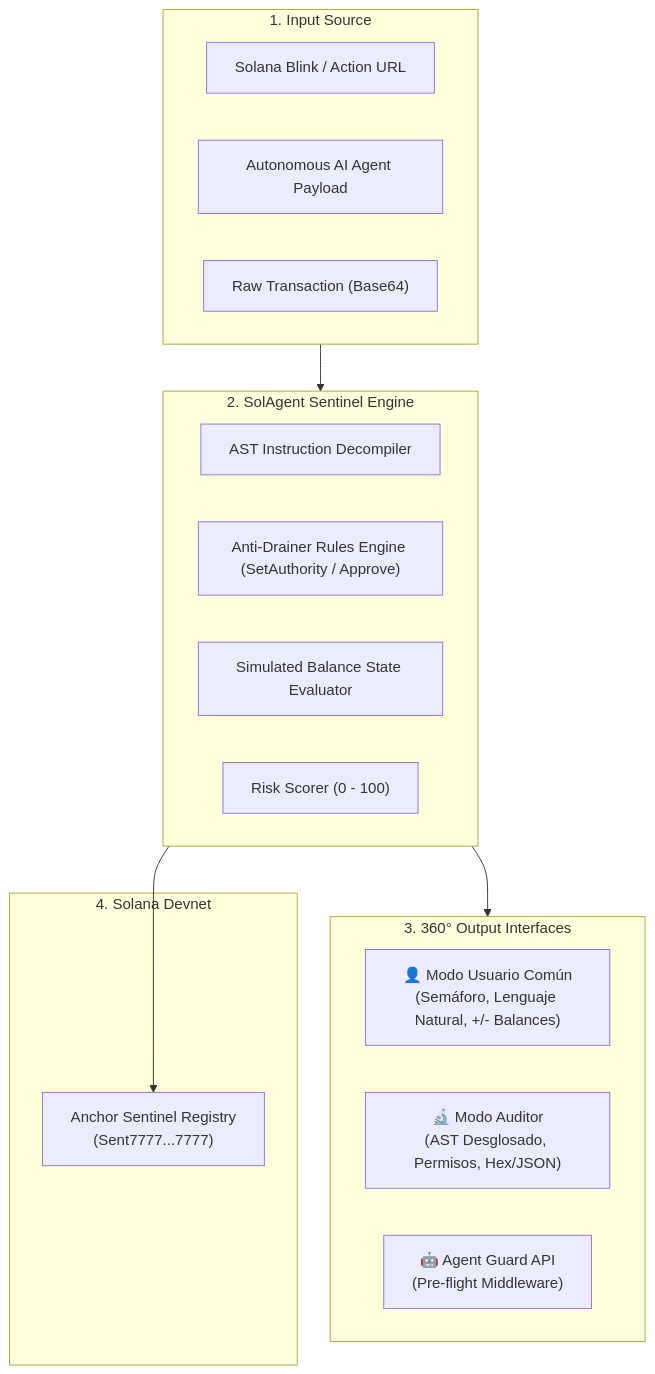
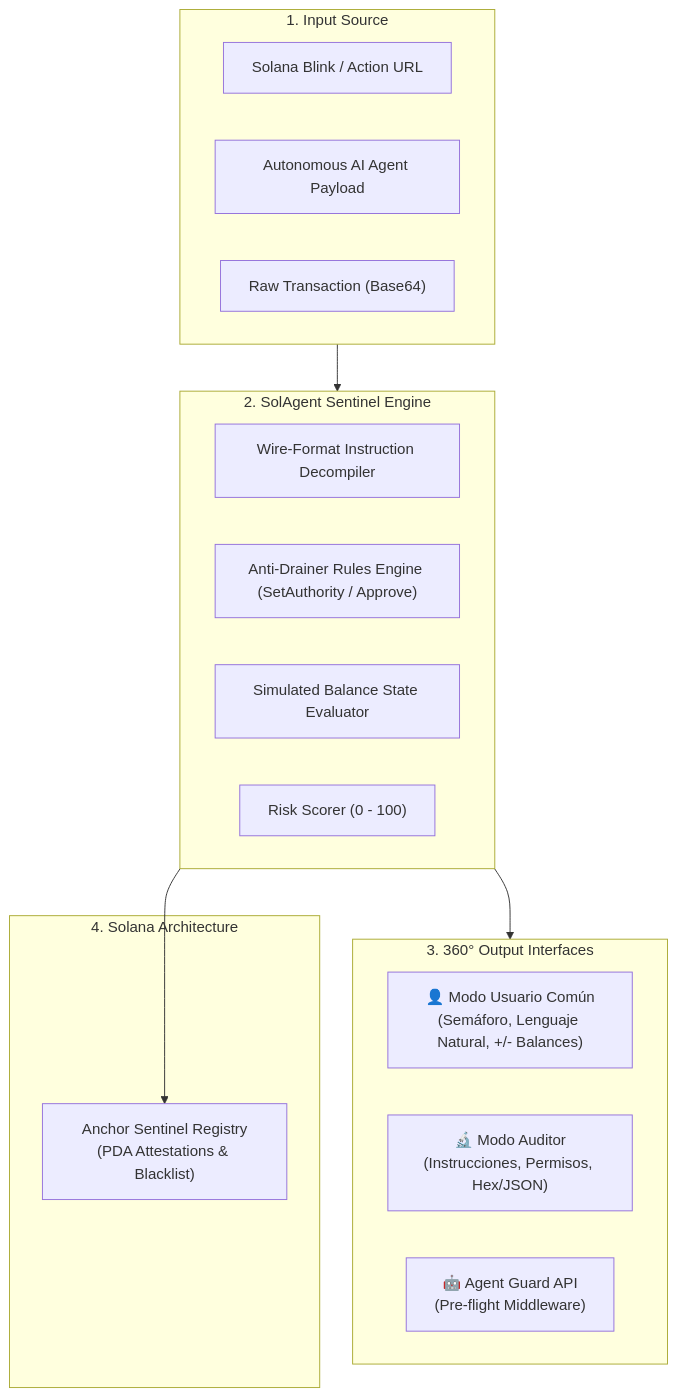
Before and after one commit to camesenin/solagent-sentinel: the diagram in README.md, drawn with Mermaid. The commit also changed other lines of this file and 2 other files, not shown here.

Commit message:
refactor(core): refine wire-format decompilation terminology and audit preflight simulation

````diff
--- a/README.md
+++ b/README.md
@@ -40,29 +40,29 @@
 ```mermaid
 flowchart TD
     subgraph Input["1. Input Source"]
         B1["Solana Blink / Action URL"]
         A1["Autonomous AI Agent Payload"]
         T1["Raw Transaction (Base64)"]
     end
 
     subgraph Sentinel["2. SolAgent Sentinel Engine"]
-        P1["AST Instruction Decompiler"]
+        P1["Wire-Format Instruction Decompiler"]
         R1["Anti-Drainer Rules Engine (SetAuthority / Approve)"]
         S1["Simulated Balance State Evaluator"]
         K1["Risk Scorer (0 - 100)"]
     end
 
     subgraph Perspectives["3. 360° Output Interfaces"]
         U1["👤 Modo Usuario Común<br/>(Semáforo, Lenguaje Natural, +/- Balances)"]
-        D1["🔬 Modo Auditor<br/>(AST Desglosado, Permisos, Hex/JSON)"]
+        D1["🔬 Modo Auditor<br/>(Instrucciones, Permisos, Hex/JSON)"]
         API["🤖 Agent Guard API<br/>(Pre-flight Middleware)"]
     end
 
-    subgraph OnChain["4. Solana Devnet"]
-        REG["Anchor Sentinel Registry<br/>(Sent7777...7777)"]
+    subgraph OnChain["4. Solana Architecture"]
+        REG["Anchor Sentinel Registry<br/>(PDA Attestations & Blacklist)"]
     end
 
     Input --> Sentinel
     Sentinel --> Perspectives
     Sentinel --> REG
 ```
````
